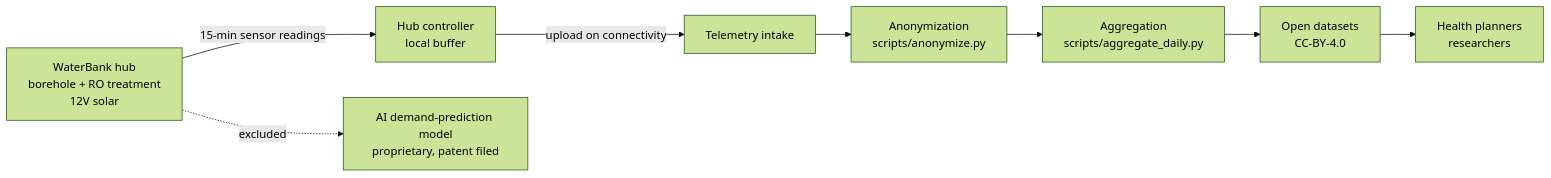
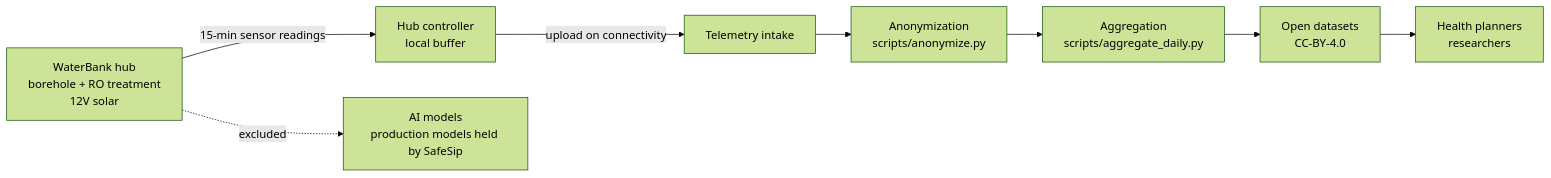
One commit to Costantine255/safesip-waterbank changed the diagram in README.md. Above: the diagram before and after it, drawn with Mermaid (forest theme). The commit also changed other lines of this file, not shown here.

````diff
--- a/README.md
+++ b/README.md
@@ -51,10 +92,10 @@
 ```mermaid
 flowchart LR
     A[WaterBank hub<br/>borehole + RO treatment<br/>12V solar] -->|15-min sensor readings| B[Hub controller<br/>local buffer]
     B -->|upload on connectivity| C[Telemetry intake]
     C --> D[Anonymization<br/>scripts/anonymize.py]
     D --> E[Aggregation<br/>scripts/aggregate_daily.py]
     E --> F[Open datasets<br/>CC-BY-4.0]
     F --> G[Health planners<br/>researchers]
-    A -.->|excluded| H[AI demand-prediction model<br/>proprietary, patent filed]
+    A -.->|excluded| H[AI models<br/>production models held by SafeSip]
 ```
````
